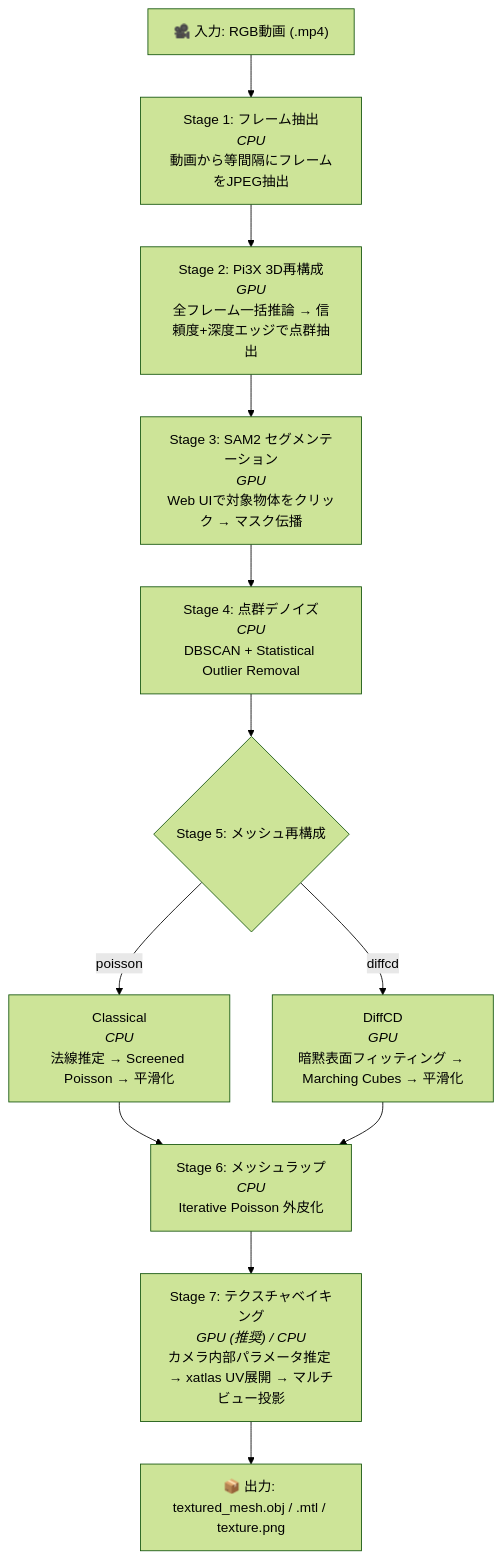
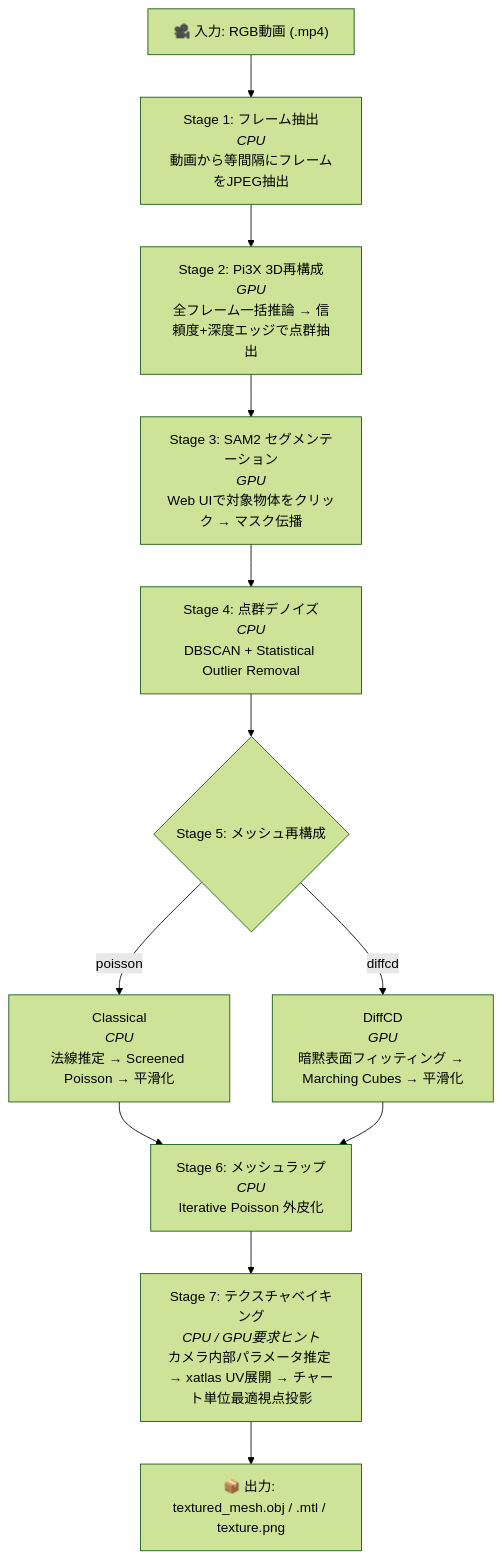
Before and after one commit to TANUKIpro/3d-recon-pipeline: the diagram in README.md, drawn with Mermaid (forest theme). The commit also changed other lines of this file and 9 other files, not shown here.

Commit message:
Replace texture blend with chart-based best-view projection

````diff
--- a/README.md
+++ b/README.md
@@ -15,21 +15,21 @@
 ```mermaid
 graph TD
     INPUT["🎥 入力: RGB動画 (.mp4)"]
     S1["Stage 1: フレーム抽出<br/><i>CPU</i><br/>動画から等間隔にフレームをJPEG抽出"]
     S2["Stage 2: Pi3X 3D再構成<br/><i>GPU</i><br/>全フレーム一括推論 → 信頼度+深度エッジで点群抽出"]
     S3["Stage 3: SAM2 セグメンテーション<br/><i>GPU</i><br/>Web UIで対象物体をクリック → マスク伝播"]
     S4["Stage 4: 点群デノイズ<br/><i>CPU</i><br/>DBSCAN + Statistical Outlier Removal"]
     S5{"Stage 5: メッシュ再構成"}
     S5C["Classical<br/><i>CPU</i><br/>法線推定 → Screened Poisson → 平滑化"]
     S5D["DiffCD<br/><i>GPU</i><br/>暗黙表面フィッティング → Marching Cubes → 平滑化"]
     S6["Stage 6: メッシュラップ<br/><i>CPU</i><br/>Iterative Poisson 外皮化"]
-    S7["Stage 7: テクスチャベイキング<br/><i>GPU (推奨) / CPU</i><br/>カメラ内部パラメータ推定 → xatlas UV展開 → マルチビュー投影"]
+    S7["Stage 7: テクスチャベイキング<br/><i>CPU / GPU要求ヒント</i><br/>カメラ内部パラメータ推定 → xatlas UV展開 → チャート単位最適視点投影"]
     OUTPUT["📦 出力: textured_mesh.obj / .mtl / texture.png"]
 
     INPUT --> S1 --> S2 --> S3 --> S4 --> S5
     S5 -->|poisson| S5C
     S5 -->|diffcd| S5D
     S5C --> S6
     S5D --> S6
     S6 --> S7 --> OUTPUT
 ```
````
